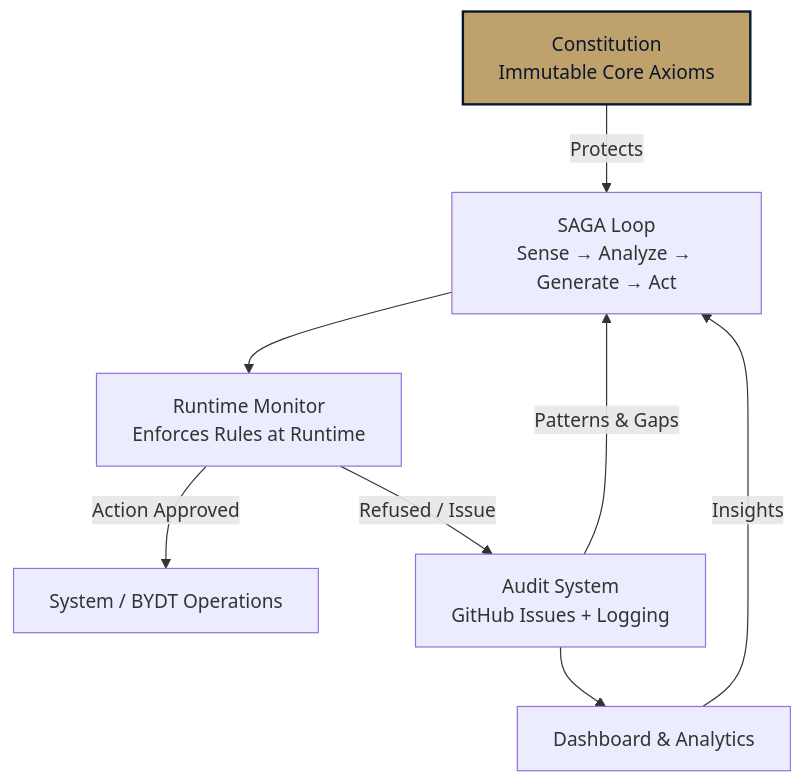
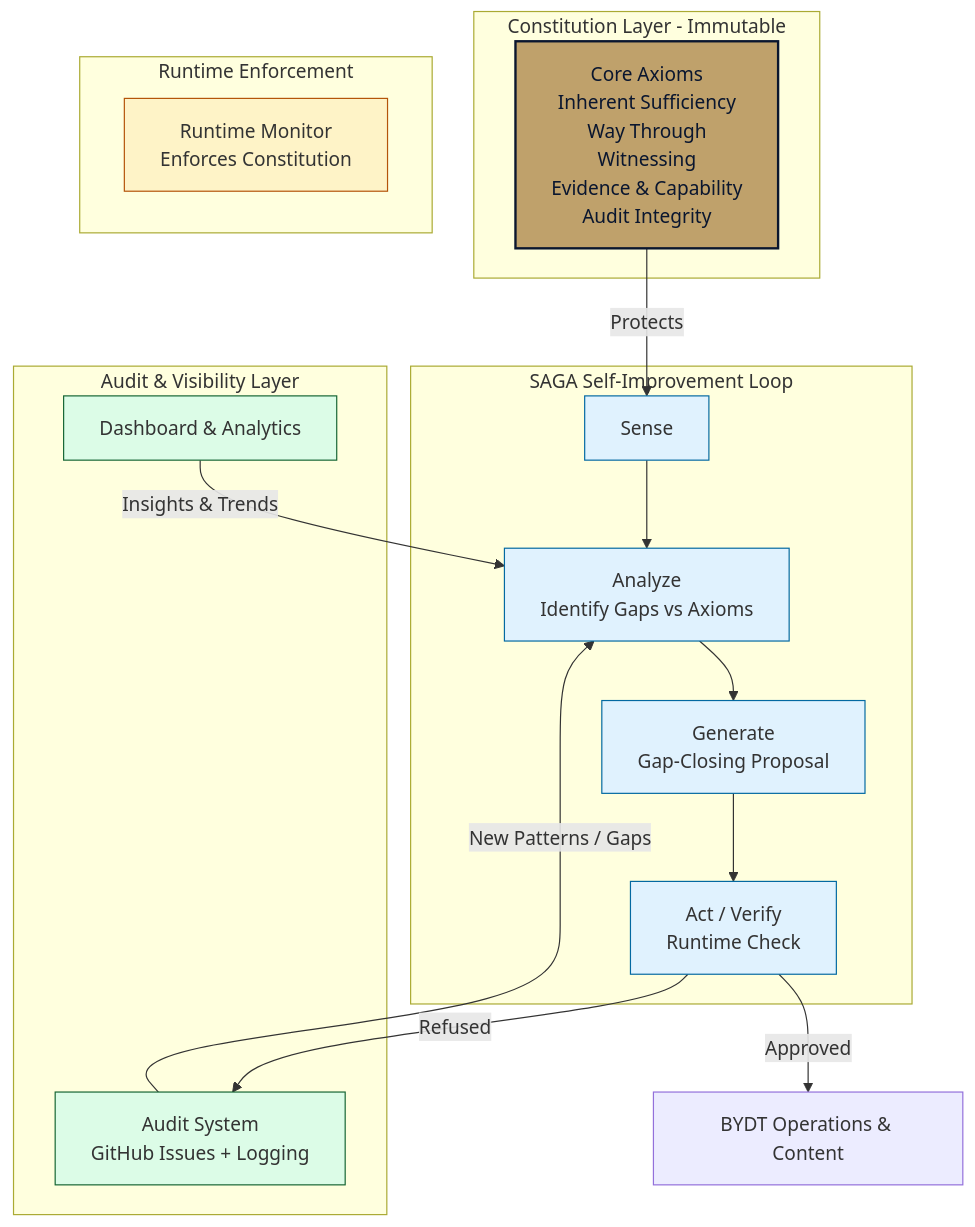
One commit to HonorYourExperiences/ace-governed-systems changed the diagram in README.md. Above: the diagram before and after it, drawn with Mermaid.

Commit message:
Improve Mermaid architecture diagram in README

````diff
--- a/README.md
+++ b/README.md
@@ -23,13 +23,37 @@
 ```mermaid
 graph TD
-    A[Constitution<br/>Immutable Core Axioms] -->|Protects| B[SAGA Loop<br/>Sense → Analyze → Generate → Act]
-    B --> C[Runtime Monitor<br/>Enforces Rules at Runtime]
-    C -->|Action Approved| D[System / BYDT Operations]
-    C -->|Refused / Issue| E[Audit System<br/>GitHub Issues + Logging]
-    E --> F[Dashboard & Analytics]
-    E -->|Patterns & Gaps| B
-    F -->|Insights| B
+    subgraph Constitution [Constitution Layer - Immutable]
+        A[Core Axioms<br/>Inherent Sufficiency<br/>Way Through<br/>Witnessing<br/>Evidence & Capability<br/>Audit Integrity]
+    end
+
+    subgraph SAGA [SAGA Self-Improvement Loop]
+        B1[Sense] --> B2[Analyze<br/>Identify Gaps vs Axioms]
+        B2 --> B3[Generate<br/>Gap-Closing Proposal]
+        B3 --> B4[Act / Verify<br/>Runtime Check]
+    end
+
+    subgraph Enforcement [Runtime Enforcement]
+        C[Runtime Monitor<br/>Enforces Constitution]
+    end
+
+    subgraph Audit [Audit & Visibility Layer]
+        E[Audit System<br/>GitHub Issues + Logging]
+        F[Dashboard & Analytics]
+    end
+
+    A -->|Protects| B1
+    B4 -->|Approved| D[BYDT Operations & Content]
+    B4 -->|Refused| E
+    E -->|New Patterns / Gaps| B2
+    F -->|Insights & Trends| B2
 
     classDef core fill:#BFA16B,stroke:#0A162F,stroke-width:2px,color:#0A162F;
+    classDef loop fill:#e0f2fe,stroke:#0369a1;
+    classDef enforce fill:#fef3c7,stroke:#b45309;
+    classDef audit fill:#dcfce7,stroke:#166534;
+
     class A core;
+    class B1,B2,B3,B4 loop;
+    class C enforce;
+    class E,F audit;
 ```
````
